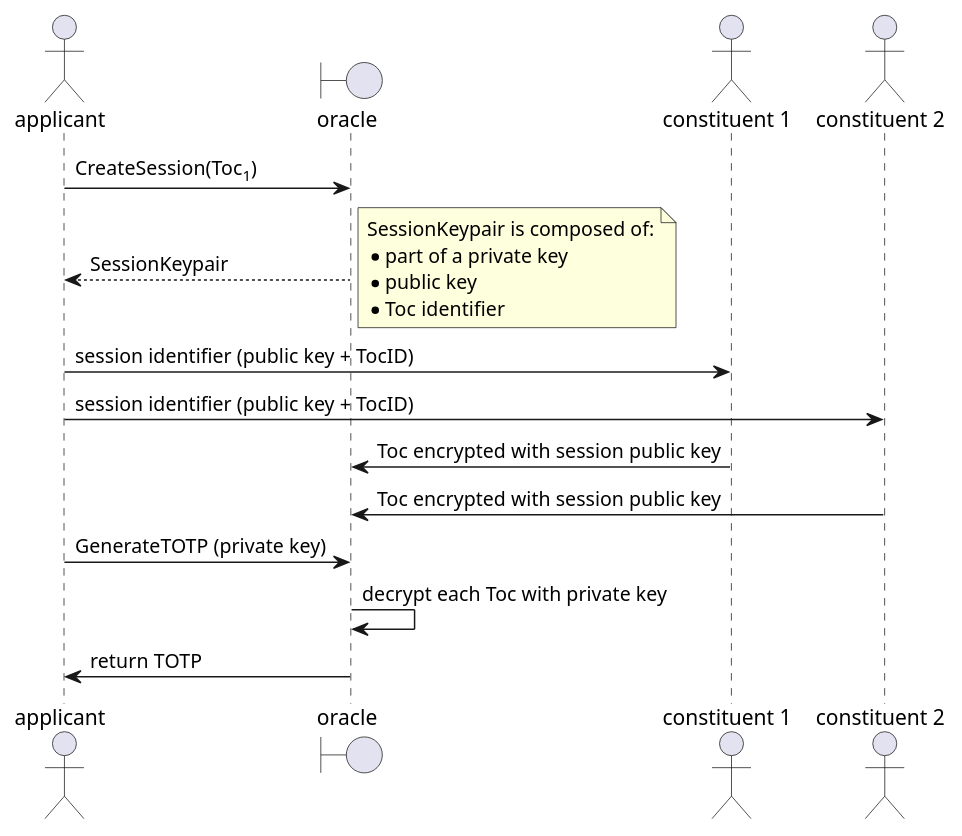
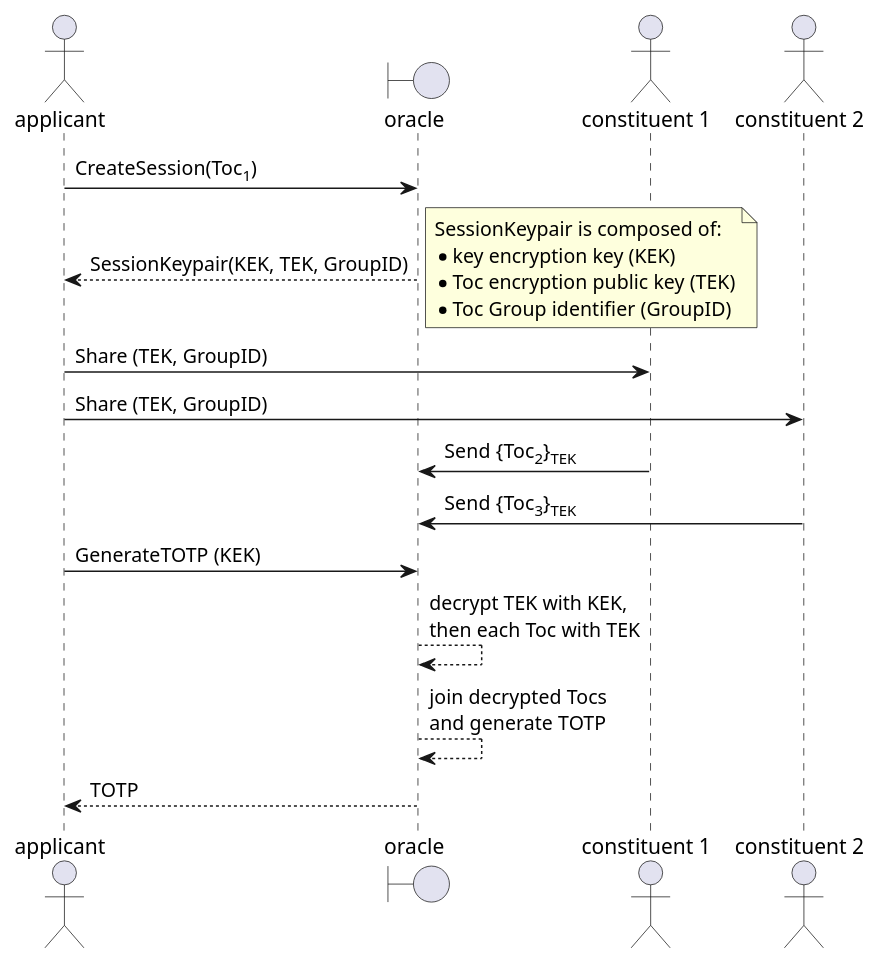
Before and after one commit to borgoat/farmfa: the second of 2 diagrams in docs/design.adoc, drawn with PlantUML. The commit also changed other lines of this file, not shown here.

Commit message:
docs(design): improved session flow

```diff
--- a/docs/design.adoc
+++ b/docs/design.adoc
@@ -99,26 +104,27 @@
 [plantuml]
 ....
 actor     applicant as a
 boundary  oracle as o
 actor     "constituent 1" as c1
 actor     "constituent 2" as c2
 
 a -> o:   CreateSession(Toc<sub>1</sub>)
-return    SessionKeypair
+return    SessionKeypair(KEK, TEK, GroupID)
 
 note right
 SessionKeypair is composed of:
-* part of a private key
-* public key
-* Toc identifier
+* key encryption key (KEK)
+* Toc encryption public key (TEK)
+* Toc Group identifier (GroupID)
 end note
 
-a  -> c1:  session identifier (public key + TocID)
-a  -> c2:  session identifier (public key + TocID)
-c1 -> o:   Toc encrypted with session public key
-c2 -> o:   Toc encrypted with session public key
+a  -> c1:  Share (TEK, GroupID)
+a  -> c2:  Share (TEK, GroupID)
+c1 -> o:   Send {Toc<sub>2</sub>}<sub>TEK</sub>
+c2 -> o:   Send {Toc<sub>3</sub>}<sub>TEK</sub>
 
-a -> o:   GenerateTOTP (private key)
-o -> o:   decrypt each Toc with private key
-o -> a:   return TOTP
+a ->  o:   GenerateTOTP (KEK)
+o --> o:   decrypt TEK with KEK,\nthen each Toc with TEK
+o --> o:   join decrypted Tocs\nand generate TOTP
+o --> a:   TOTP
 ....
```
